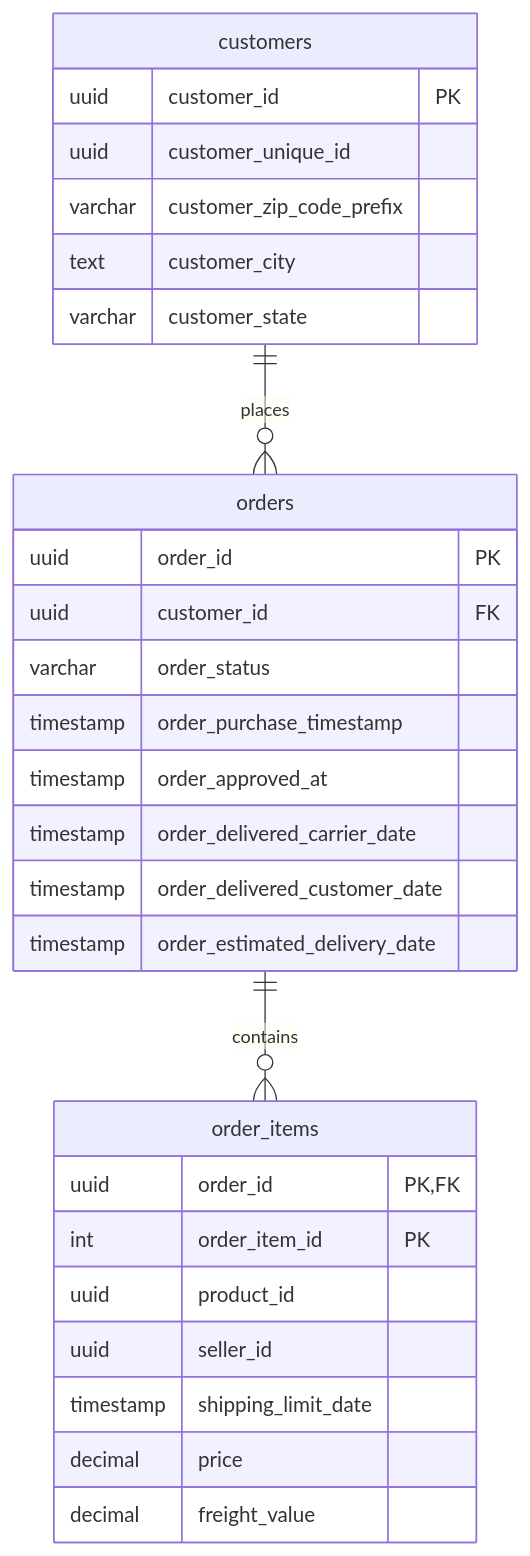
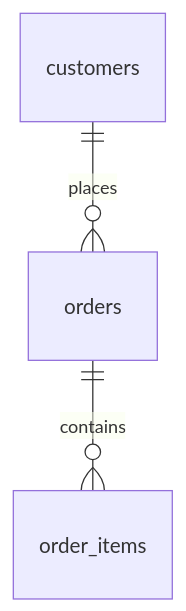
One commit to Issarat/csv-etl-pipeline changed the diagram in README.md. Above: the diagram before and after it, drawn with Mermaid.

Commit message:
Simplify ER diagram in README
Removed detailed ER diagram structure from README.

````diff
--- a/README.md
+++ b/README.md
@@ -9,34 +9,5 @@
 ```mermaid
 erDiagram
     customers ||--o{ orders : places
     orders ||--o{ order_items : contains
-
-    customers {
-        uuid customer_id PK
-        uuid customer_unique_id
-        varchar customer_zip_code_prefix
-        text customer_city
-        varchar customer_state
-    }
-
-    orders {
-        uuid order_id PK
-        uuid customer_id FK
-        varchar order_status
-        timestamp order_purchase_timestamp
-        timestamp order_approved_at
-        timestamp order_delivered_carrier_date
-        timestamp order_delivered_customer_date
-        timestamp order_estimated_delivery_date
-    }
-
-    order_items {
-        uuid order_id PK, FK
-        int order_item_id PK
-        uuid product_id
-        uuid seller_id
-        timestamp shipping_limit_date
-        decimal price
-        decimal freight_value
-    }
 ```
````
